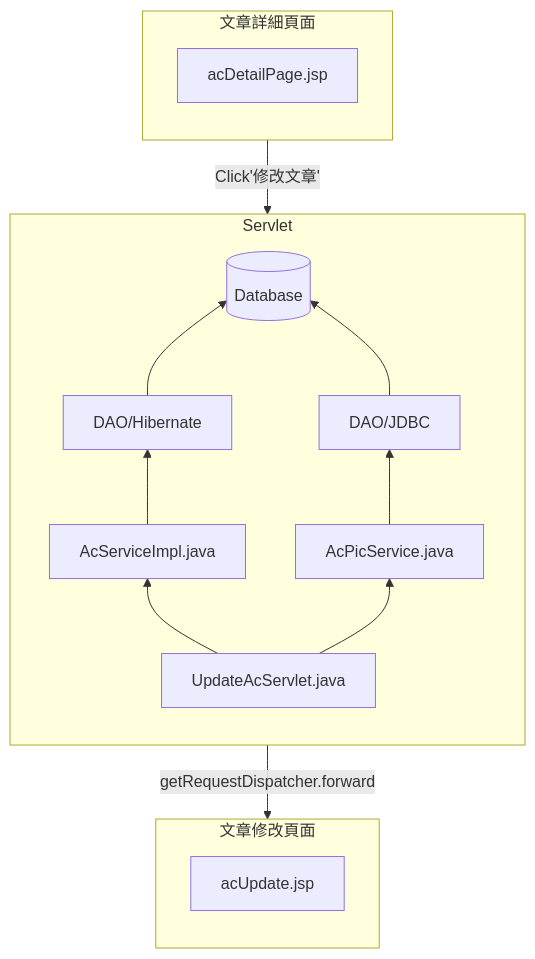
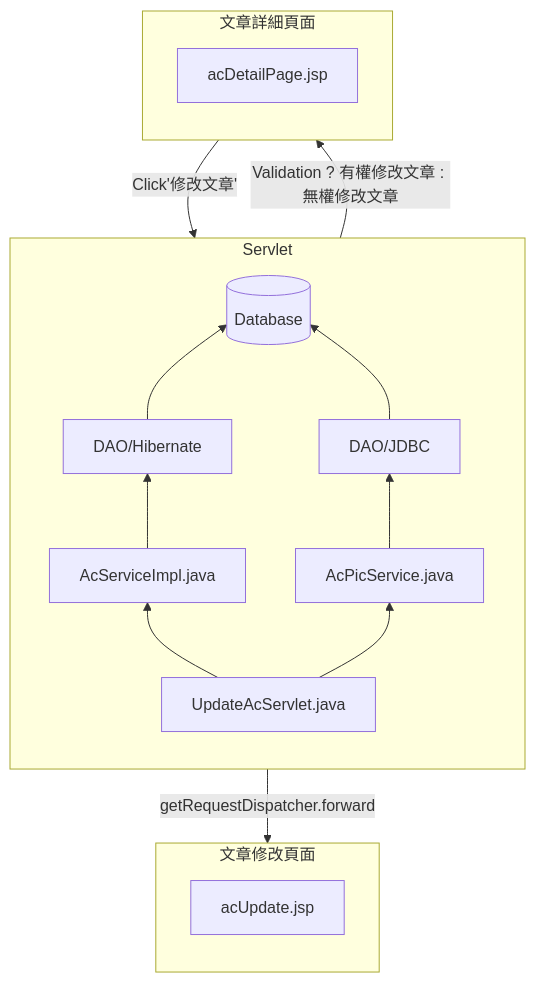
Diagram 12 of 12 in README.md (TLexYuW/CGA103G1OwnPart), drawn with Mermaid before and after one commit.

Commit message:
LexVaultBackup: 2022-09-12 22:18:36
Affected files:
README.md

````diff
--- a/README.md
+++ b/README.md
@@ -290,27 +290,28 @@
 ```mermaid
 graph TB
 	subgraph Servlet
 	direction BT
 	UAS[UpdateAcServlet.java] --> ASI[AcServiceImpl.java] 
 	--> H[DAO/Hibernate] --> DB[(Database)]
 	end
 	
 	subgraph Servlet
 	direction BT
 	UAS[UpdateAcServlet.java] --> APS[AcPicService.java] 
 	--> DAO[DAO/JDBC] --> DB[(Database)]
 	end
 	
 	subgraph 文章修改頁面
 	direction BT
 	acU[acUpdate.jsp]
 	end
 	
 	subgraph 文章詳細頁面
 	direction BT
 	acDP[acDetailPage.jsp]
 	end
 	
 	acDP -->|Click'修改文章'| UAS
+	UAS -->|Validation ? 有權修改文章 : 無權修改文章| acDP
 	UAS -->|getRequestDispatcher.forward| acU
 ```
````
